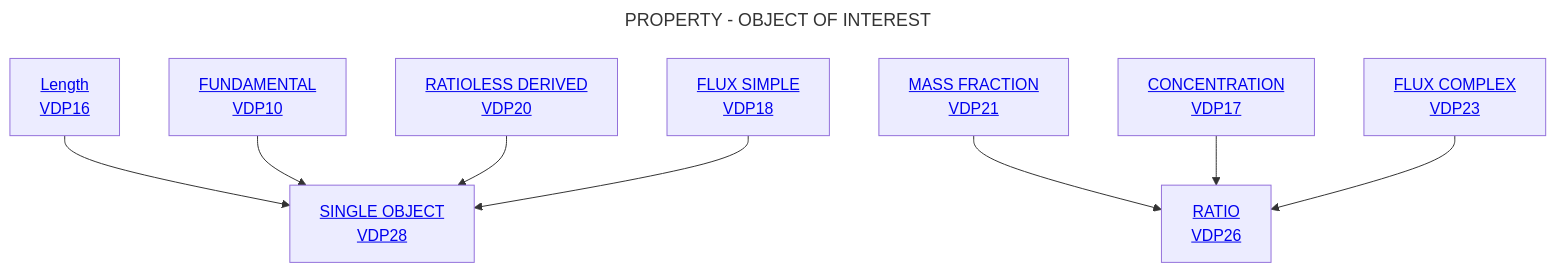
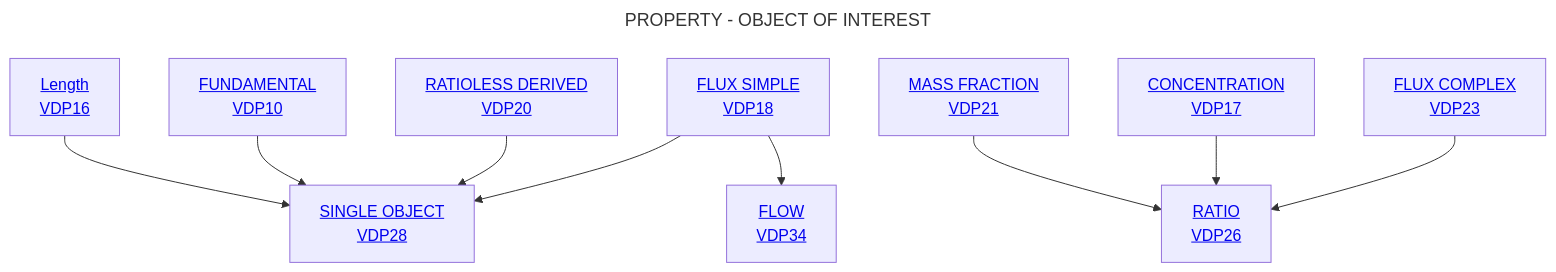
Before and after one commit to mabablue/I-ADOPT-patterns-playground: the diagram in Decisition_trees/DT6.mmd, drawn with Mermaid.

```diff
--- a/Decisition_trees/DT6.mmd
+++ b/Decisition_trees/DT6.mmd
@@ -1,11 +1,12 @@
 ---
 title: PROPERTY - OBJECT OF INTEREST
 ---
 flowchart TD
     A[<a href='https://github.com/mabablue/I-ADOPT-patterns-playground/blob/main/pattern/VDP16.yaml'>Length <br> VDP16</a>] --> C[<a href='https://github.com/mabablue/I-ADOPT-patterns-playground/blob/main/pattern/VDP16.yaml'>SINGLE OBJECT <br> VDP28</a>]
     B[<a href='https://github.com/mabablue/I-ADOPT-patterns-playground/blob/main/pattern/VDP10.yaml'>FUNDAMENTAL <br> VDP10</a>]  --> C
     D[<a href='https://github.com/mabablue/I-ADOPT-patterns-playground/blob/main/pattern/VDP10.yaml'>RATIOLESS DERIVED <br> VDP20</a>] --> C
     E[<a href='https://github.com/mabablue/I-ADOPT-patterns-playground/blob/main/pattern/VDP10.yaml'>MASS FRACTION <br> VDP21</a>] --> F[<a href='https://github.com/mabablue/I-ADOPT-patterns-playground/blob/main/pattern/VDP16.yaml'>RATIO <br> VDP26</a>]
     G[<a href='https://github.com/mabablue/I-ADOPT-patterns-playground/blob/main/pattern/VDP10.yaml'>CONCENTRATION <br> VDP17</a>] --> F
     H[<a href='https://github.com/mabablue/I-ADOPT-patterns-playground/blob/main/pattern/VDP10.yaml'>FLUX SIMPLE <br> VDP18</a>] --> C
     I[<a href='https://github.com/mabablue/I-ADOPT-patterns-playground/blob/main/pattern/VDP10.yaml'>FLUX COMPLEX <br> VDP23</a>] --> F
+    H --> K[<a href='https://github.com/mabablue/I-ADOPT-patterns-playground/blob/main/pattern/VDP10.yaml'>FLOW <br> VDP34</a>] 
```
